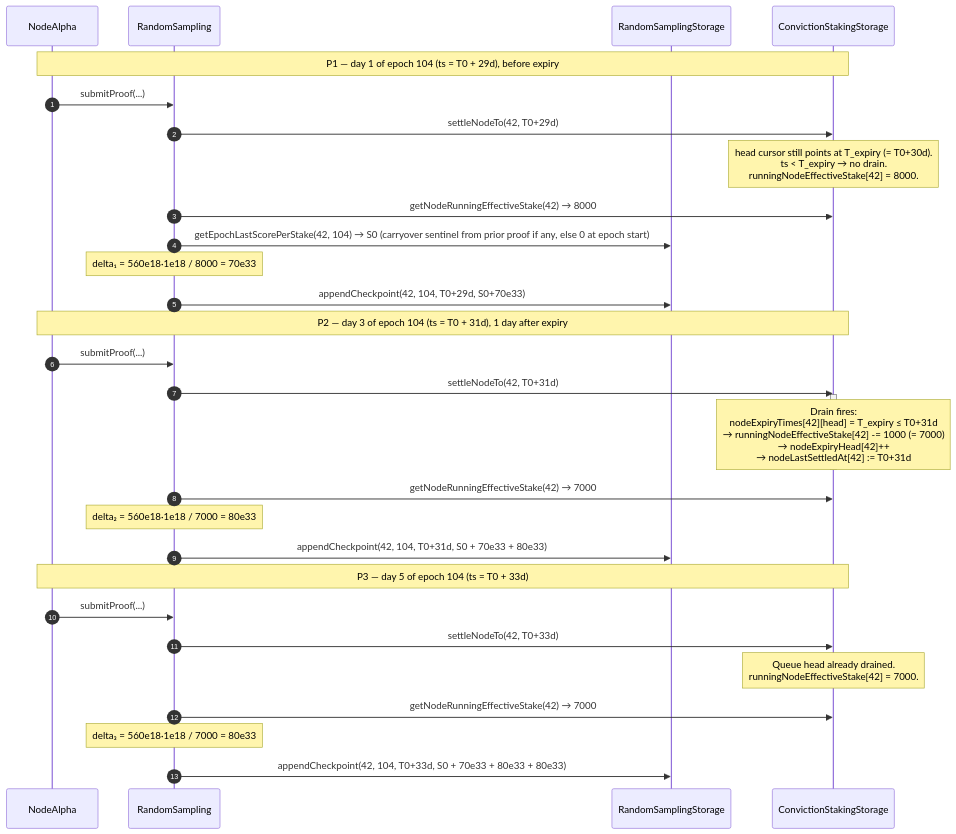
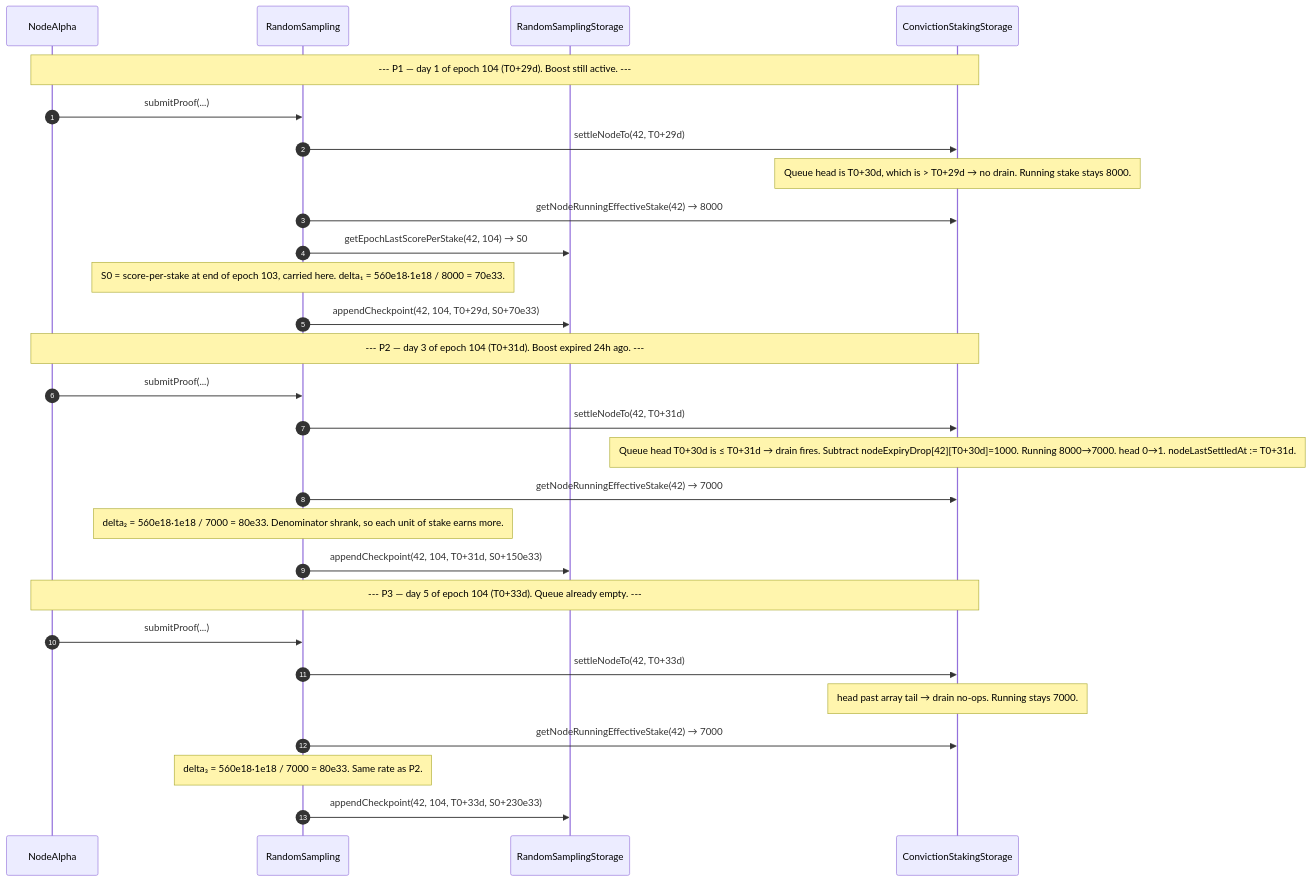
Before and after one commit to OriginTrail/dkg-v9: the third of 5 diagrams in packages/evm-module/docs/D26_TIME_ACCURATE_STAKING.md, drawn with Mermaid. The commit also changed other lines of this file and 15 other files, not shown here.

````diff
--- a/packages/evm-module/docs/D26_TIME_ACCURATE_STAKING.md
+++ b/packages/evm-module/docs/D26_TIME_ACCURATE_STAKING.md
@@ -235,35 +301,34 @@
 ```mermaid
+%%{init: { 'sequence': { 'messageMargin': 55, 'noteMargin': 15, 'boxMargin': 15, 'actorMargin': 70 } } }%%
 sequenceDiagram
     autonumber
     participant NodeAlpha as NodeAlpha
     participant RS as RandomSampling
     participant RSS as RandomSamplingStorage
     participant CSS as ConvictionStakingStorage
 
-    Note over NodeAlpha,CSS: P1 — day 1 of epoch 104 (ts = T0 + 29d), before expiry
+    Note over NodeAlpha,CSS: --- P1 — day 1 of epoch 104 (T0+29d). Boost still active. ---
     NodeAlpha->>RS: submitProof(...)
     RS->>CSS: settleNodeTo(42, T0+29d)
-    Note over CSS: head cursor still points at T_expiry (= T0+30d).<br/>ts < T_expiry → no drain.<br/>runningNodeEffectiveStake[42] = 8000.
+    Note over CSS: Queue head is T0+30d, which is > T0+29d → no drain. Running stake stays 8000.
     RS->>CSS: getNodeRunningEffectiveStake(42) → 8000
-    RS->>RSS: getEpochLastScorePerStake(42, 104) → S0  (carryover sentinel from prior proof if any, else 0 at epoch start)
-    Note over RS: delta₁ = 560e18·1e18 / 8000 = 70e33
+    RS->>RSS: getEpochLastScorePerStake(42, 104) → S0
+    Note over RS: S0 = score-per-stake at end of epoch 103, carried here. delta₁ = 560e18·1e18 / 8000 = 70e33.
     RS->>RSS: appendCheckpoint(42, 104, T0+29d, S0+70e33)
 
-    Note over NodeAlpha,CSS: P2 — day 3 of epoch 104 (ts = T0 + 31d), 1 day after expiry
+    Note over NodeAlpha,CSS: --- P2 — day 3 of epoch 104 (T0+31d). Boost expired 24h ago. ---
     NodeAlpha->>RS: submitProof(...)
     RS->>CSS: settleNodeTo(42, T0+31d)
-    activate CSS
-    Note over CSS: Drain fires:<br/>nodeExpiryTimes[42][head] = T_expiry ≤ T0+31d<br/>→ runningNodeEffectiveStake[42] -= 1000 (= 7000)<br/>→ nodeExpiryHead[42]++<br/>→ nodeLastSettledAt[42] := T0+31d
-    deactivate CSS
+    Note over CSS: Queue head T0+30d is ≤ T0+31d → drain fires. Subtract nodeExpiryDrop[42][T0+30d]=1000. Running 8000→7000. head 0→1. nodeLastSettledAt := T0+31d.
     RS->>CSS: getNodeRunningEffectiveStake(42) → 7000
-    Note over RS: delta₂ = 560e18·1e18 / 7000 = 80e33
-    RS->>RSS: appendCheckpoint(42, 104, T0+31d, S0 + 70e33 + 80e33)
+    Note over RS: delta₂ = 560e18·1e18 / 7000 = 80e33. Denominator shrank, so each unit of stake earns more.
+    RS->>RSS: appendCheckpoint(42, 104, T0+31d, S0+150e33)
 
-    Note over NodeAlpha,CSS: P3 — day 5 of epoch 104 (ts = T0 + 33d)
+    Note over NodeAlpha,CSS: --- P3 — day 5 of epoch 104 (T0+33d). Queue already empty. ---
     NodeAlpha->>RS: submitProof(...)
     RS->>CSS: settleNodeTo(42, T0+33d)
-    Note over CSS: Queue head already drained.<br/>runningNodeEffectiveStake[42] = 7000.
+    Note over CSS: head past array tail → drain no-ops. Running stays 7000.
     RS->>CSS: getNodeRunningEffectiveStake(42) → 7000
-    Note over RS: delta₃ = 560e18·1e18 / 7000 = 80e33
-    RS->>RSS: appendCheckpoint(42, 104, T0+33d, S0 + 70e33 + 80e33 + 80e33)
+    Note over RS: delta₃ = 560e18·1e18 / 7000 = 80e33. Same rate as P2.
+    RS->>RSS: appendCheckpoint(42, 104, T0+33d, S0+230e33)
 ```
````
